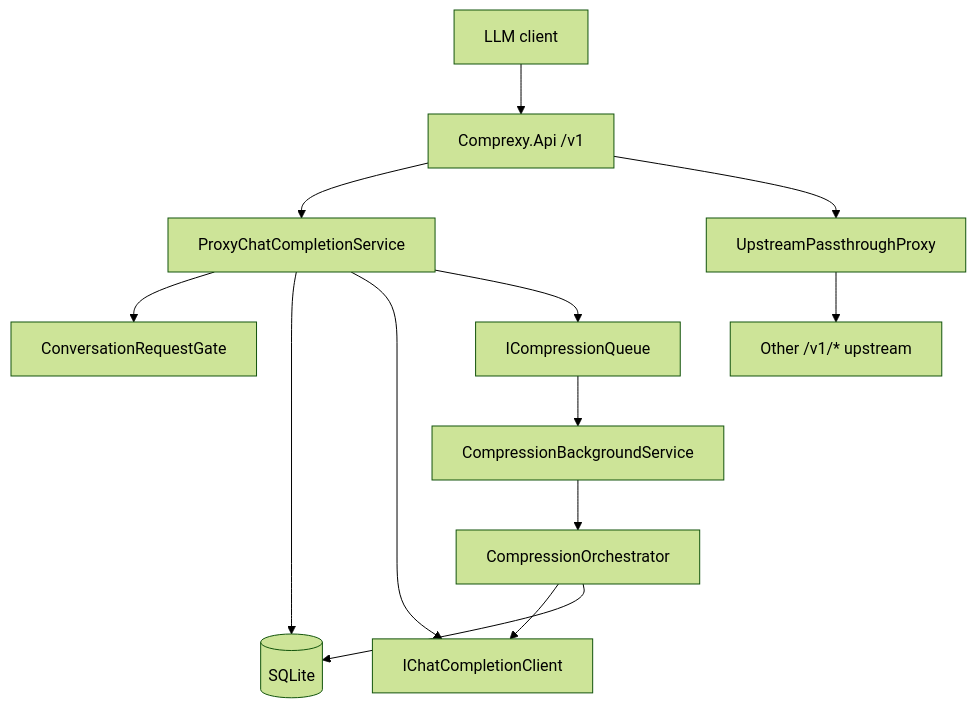
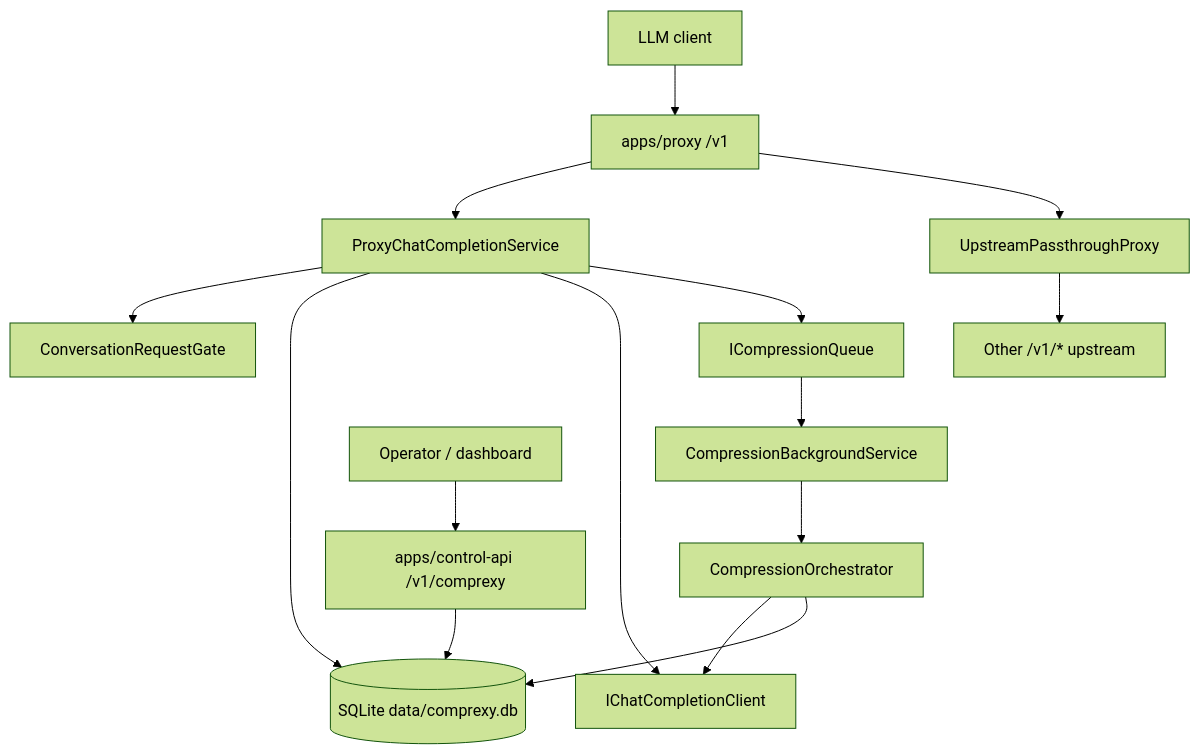
One commit to norielmallari/comprexy changed the diagram in docs/ARCHITECTURE.md. Above: the diagram before and after it, drawn with Mermaid (forest theme). The commit also changed other lines of this file and 66 other files, not shown here.

First line of the commit message:
feat: split proxy and control-api apps with shared SQLite metrics

````diff
--- a/docs/ARCHITECTURE.md
+++ b/docs/ARCHITECTURE.md
@@ -35,15 +38,17 @@
 ```mermaid
 flowchart TB
-  Client[LLM client] --> Api["Comprexy.Api /v1"]
+  Client[LLM client] --> Api["apps/proxy /v1"]
   Api --> Proxy[ProxyChatCompletionService]
   Proxy --> Gate[ConversationRequestGate]
-  Proxy --> DB[(SQLite)]
+  Proxy --> DB[(SQLite data/comprexy.db)]
   Proxy --> Upstream[IChatCompletionClient]
   Proxy --> Queue[ICompressionQueue]
   Queue --> Worker[CompressionBackgroundService]
   Worker --> Orch[CompressionOrchestrator]
   Orch --> Upstream
   Orch --> DB
   Api --> Pass[UpstreamPassthroughProxy]
   Pass --> Provider[Other /v1/* upstream]
+  Ops[Operator / dashboard] --> Control["apps/control-api /v1/comprexy"]
+  Control --> DB
 ```
````
